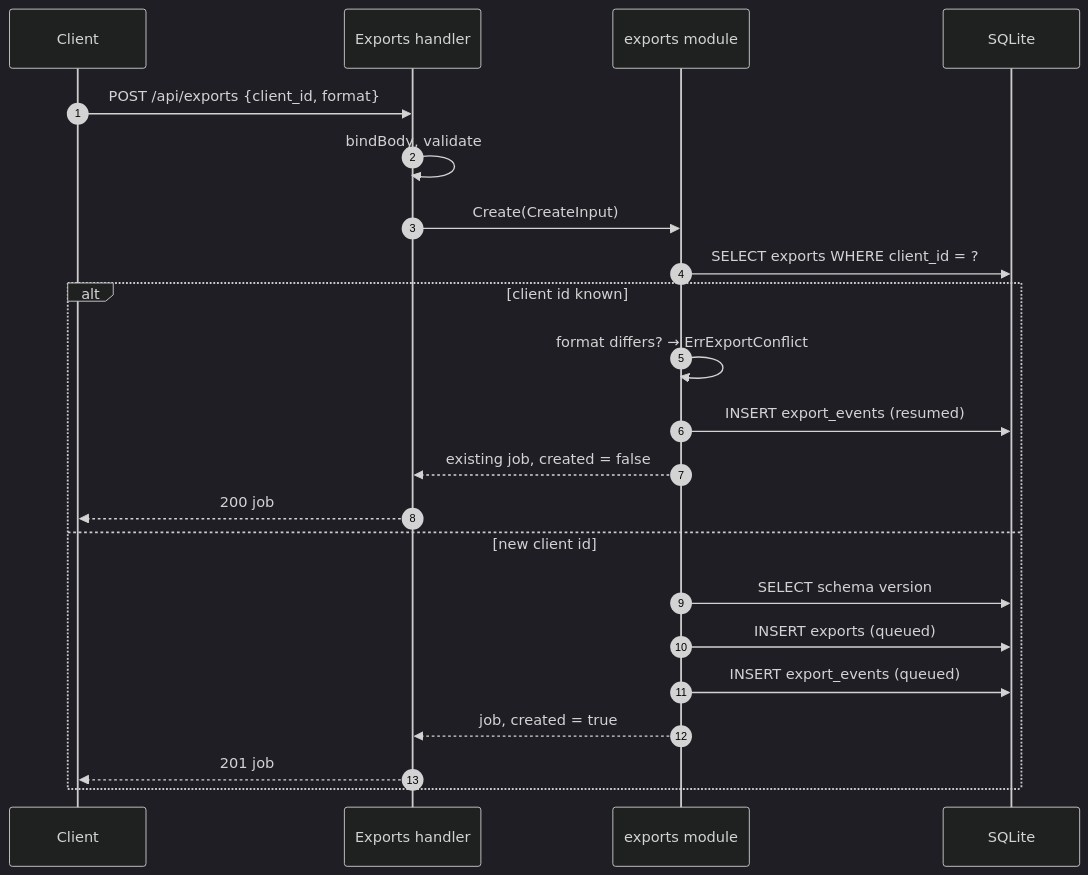
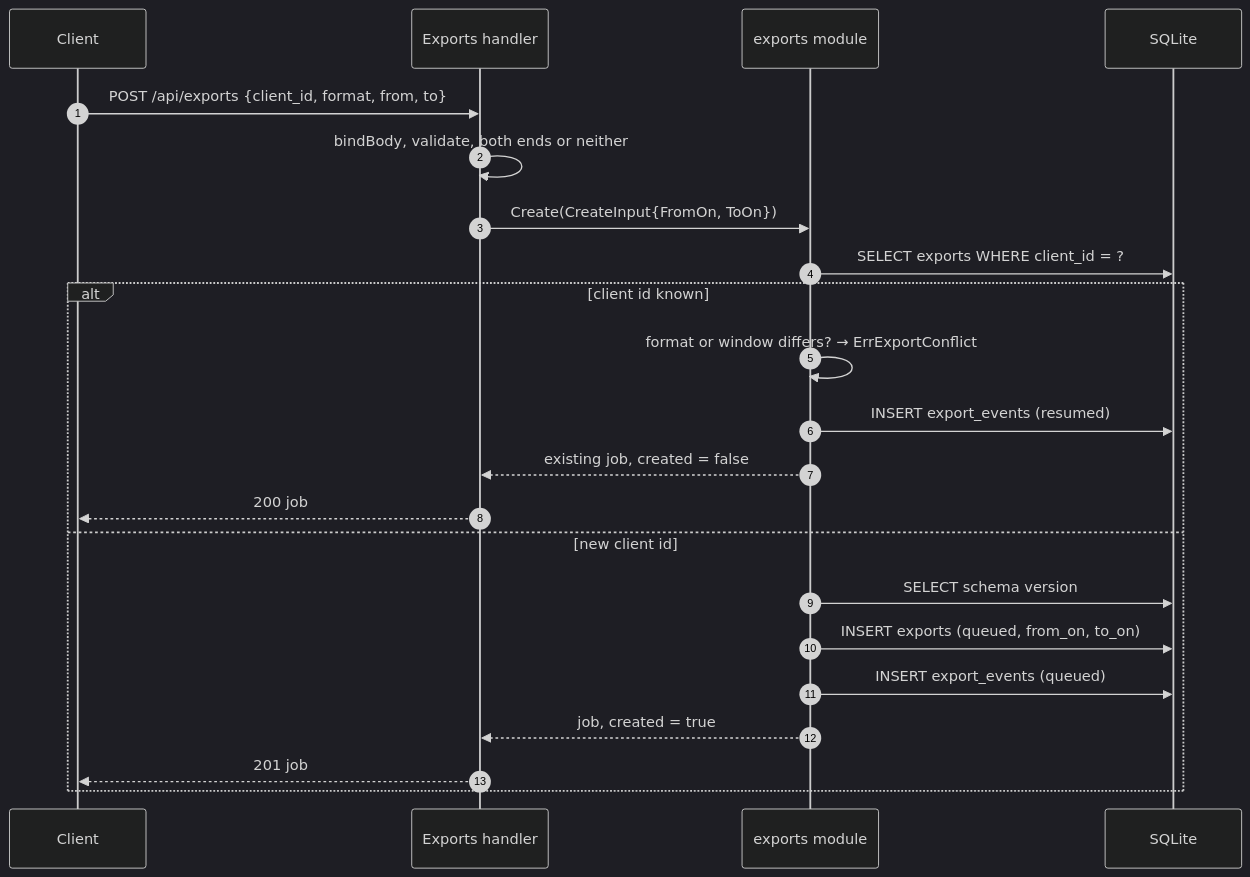
The diagram in docs/endpoints/POST_api_exports.md (dimasbaguspm/spenicle), drawn with Mermaid (dark theme) before and after one commit. The commit also changed other lines of this file and 36 other files, not shown here.

Commit message:
feat: render an export for a date window

````diff
--- a/docs/endpoints/POST_api_exports.md
+++ b/docs/endpoints/POST_api_exports.md
@@ -65,24 +72,24 @@
 ```mermaid
 sequenceDiagram
     autonumber
     participant C as Client
     participant H as Exports handler
     participant M as exports module
     participant DB as SQLite
-    C->>H: POST /api/exports {client_id, format}
-    H->>H: bindBody, validate
-    H->>M: Create(CreateInput)
+    C->>H: POST /api/exports {client_id, format, from, to}
+    H->>H: bindBody, validate, both ends or neither
+    H->>M: Create(CreateInput{FromOn, ToOn})
     M->>DB: SELECT exports WHERE client_id = ?
     alt client id known
-        M->>M: format differs? → ErrExportConflict
+        M->>M: format or window differs? → ErrExportConflict
         M->>DB: INSERT export_events (resumed)
         M-->>H: existing job, created = false
         H-->>C: 200 job
     else new client id
         M->>DB: SELECT schema version
-        M->>DB: INSERT exports (queued)
+        M->>DB: INSERT exports (queued, from_on, to_on)
         M->>DB: INSERT export_events (queued)
         M-->>H: job, created = true
         H-->>C: 201 job
     end
 ```
````
